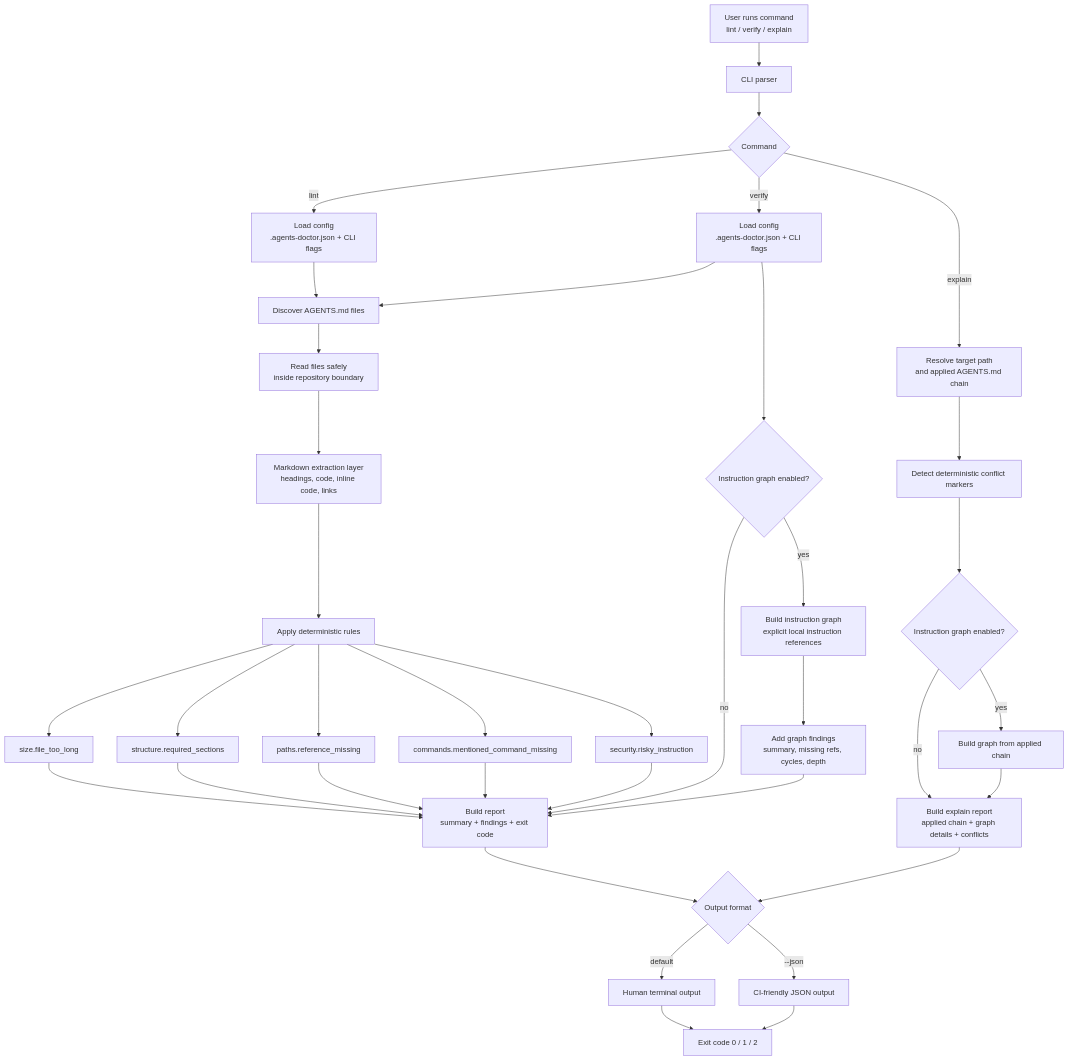
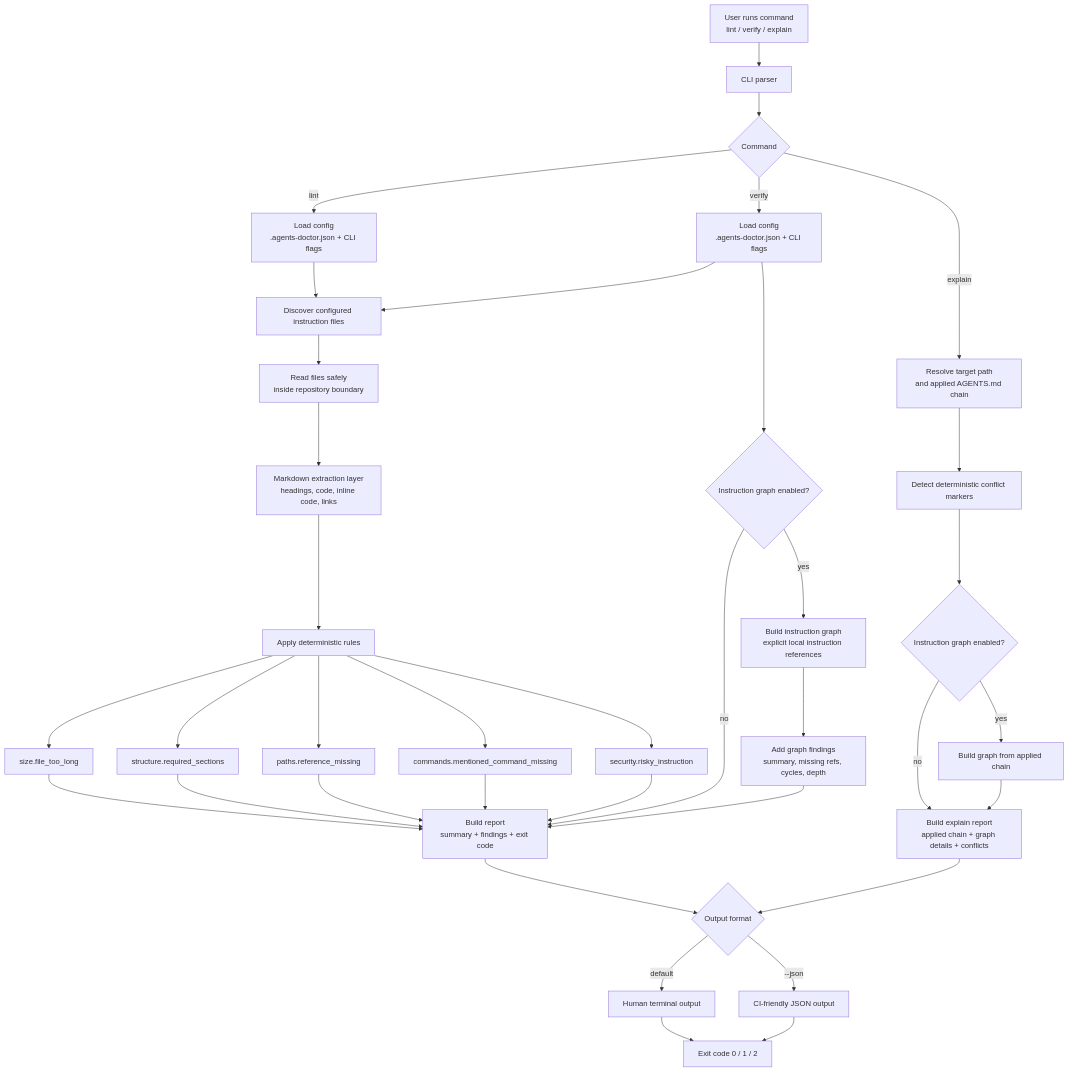
One commit to ItsHege/agents-md-doctor changed the diagram in docs/how-it-works.md. Above: the diagram before and after it, drawn with Mermaid. The commit also changed 43 other files, not shown here.

````diff
--- a/docs/how-it-works.md
+++ b/docs/how-it-works.md
@@ -11,49 +11,49 @@
 ```mermaid
 flowchart TD
     A["User runs command<br/>lint / verify / explain"] --> B["CLI parser"]
     B --> C{"Command"}
 
     C -->|lint| L1["Load config<br/>.agents-doctor.json + CLI flags"]
     C -->|verify| V1["Load config<br/>.agents-doctor.json + CLI flags"]
     C -->|explain| E1["Resolve target path<br/>and applied AGENTS.md chain"]
 
-    L1 --> D["Discover AGENTS.md files"]
+    L1 --> D["Discover configured instruction files"]
     V1 --> D
 
     D --> R["Read files safely<br/>inside repository boundary"]
     R --> M["Markdown extraction layer<br/>headings, code, inline code, links"]
     M --> RL["Apply deterministic rules"]
 
     RL --> F1["size.file_too_long"]
     RL --> F2["structure.required_sections"]
     RL --> F3["paths.reference_missing"]
     RL --> F4["commands.mentioned_command_missing"]
     RL --> F5["security.risky_instruction"]
 
     F1 --> REP["Build report<br/>summary + findings + exit code"]
     F2 --> REP
     F3 --> REP
     F4 --> REP
     F5 --> REP
 
     V1 --> G1{"Instruction graph enabled?"}
     G1 -->|yes| G2["Build instruction graph<br/>explicit local instruction references"]
     G1 -->|no| REP
     G2 --> G3["Add graph findings<br/>summary, missing refs, cycles, depth"]
     G3 --> REP
 
     E1 --> E2["Detect deterministic conflict markers"]
     E2 --> E3{"Instruction graph enabled?"}
     E3 -->|yes| E4["Build graph from applied chain"]
     E3 -->|no| REP2["Build explain report<br/>applied chain + graph details + conflicts"]
     E4 --> REP2
 
     REP --> OUT{"Output format"}
     REP2 --> OUT
 
     OUT -->|default| H["Human terminal output"]
     OUT -->|--json| J["CI-friendly JSON output"]
 
     H --> X["Exit code 0 / 1 / 2"]
     J --> X
 ```
````
